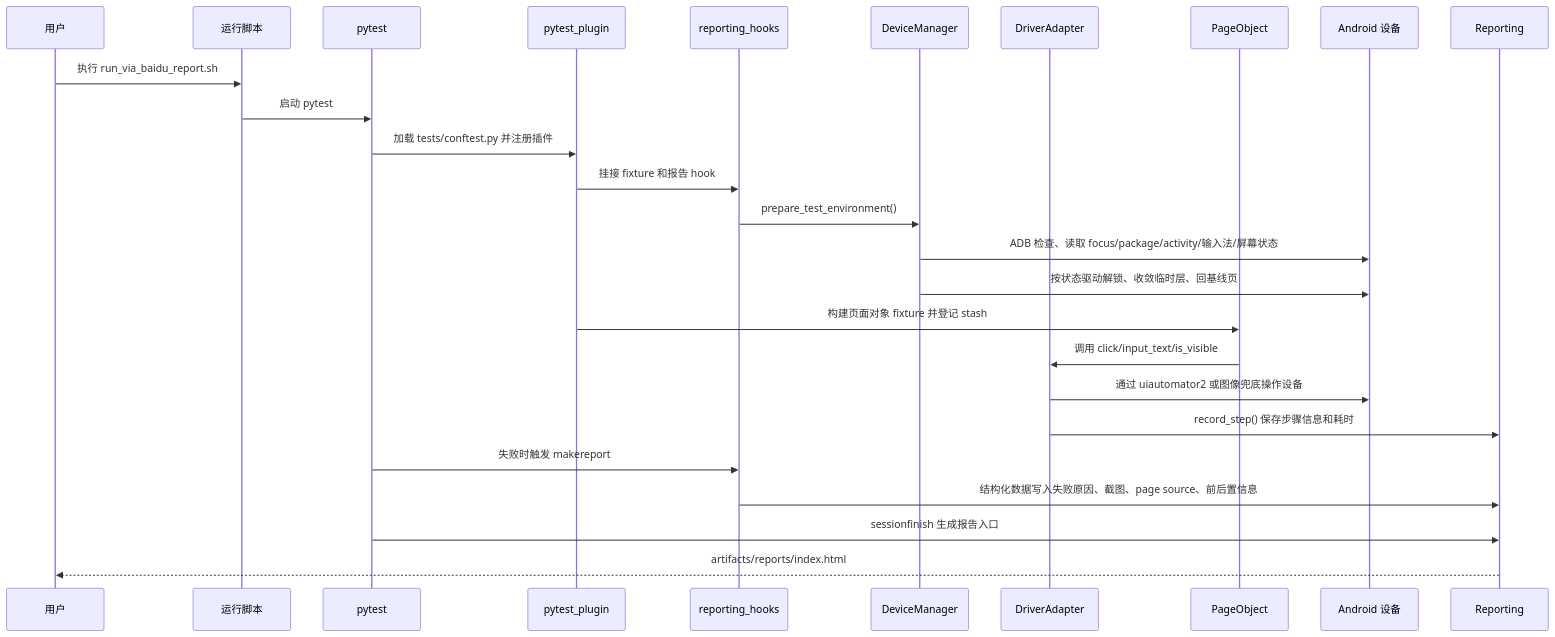
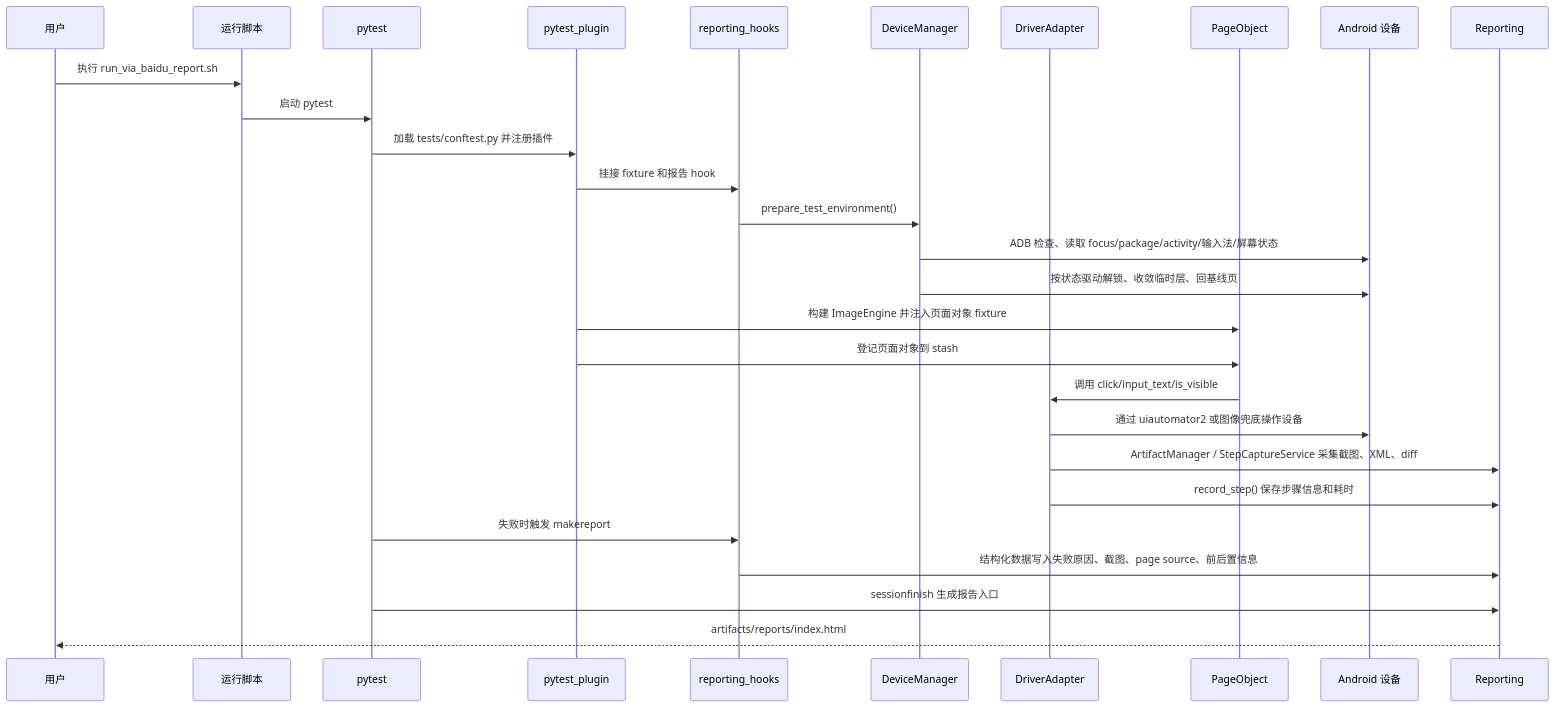
The second of 3 diagrams in docs/framework_flow.md (leaveeeeeee/ai-android-ui-autotest-framework), drawn with Mermaid before and after one commit. The commit also changed other lines of this file and 17 other files, not shown here.

Commit message:
refactor(framework): decouple step capture and cover hooks (#4)

````diff
--- a/docs/framework_flow.md
+++ b/docs/framework_flow.md
@@ -32,29 +33,31 @@
 ```mermaid
 sequenceDiagram
     participant U as 用户
     participant S as 运行脚本
     participant P as pytest
     participant Plugin as pytest_plugin
     participant Hooks as reporting_hooks
     participant D as DeviceManager
     participant G as DriverAdapter
     participant Page as PageObject
     participant A as Android 设备
     participant R as Reporting
 
     U->>S: 执行 run_via_baidu_report.sh
     S->>P: 启动 pytest
     P->>Plugin: 加载 tests/conftest.py 并注册插件
     Plugin->>Hooks: 挂接 fixture 和报告 hook
     Hooks->>D: prepare_test_environment()
     D->>A: ADB 检查、读取 focus/package/activity/输入法/屏幕状态
     D->>A: 按状态驱动解锁、收敛临时层、回基线页
-    Plugin->>Page: 构建页面对象 fixture 并登记 stash
+    Plugin->>Page: 构建 ImageEngine 并注入页面对象 fixture
+    Plugin->>Page: 登记页面对象到 stash
     Page->>G: 调用 click/input_text/is_visible
     G->>A: 通过 uiautomator2 或图像兜底操作设备
+    G->>R: ArtifactManager / StepCaptureService 采集截图、XML、diff
     G->>R: record_step() 保存步骤信息和耗时
     P->>Hooks: 失败时触发 makereport
     Hooks->>R: 结构化数据写入失败原因、截图、page source、前后置信息
     P->>R: sessionfinish 生成报告入口
     R-->>U: artifacts/reports/index.html
 ```
````
